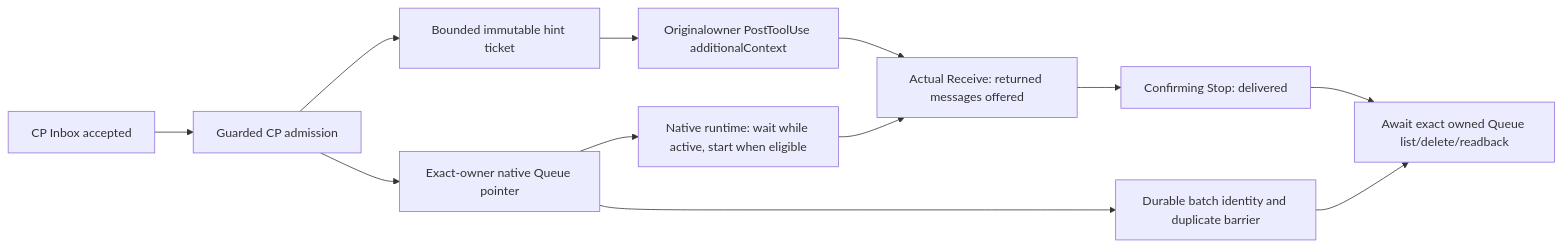
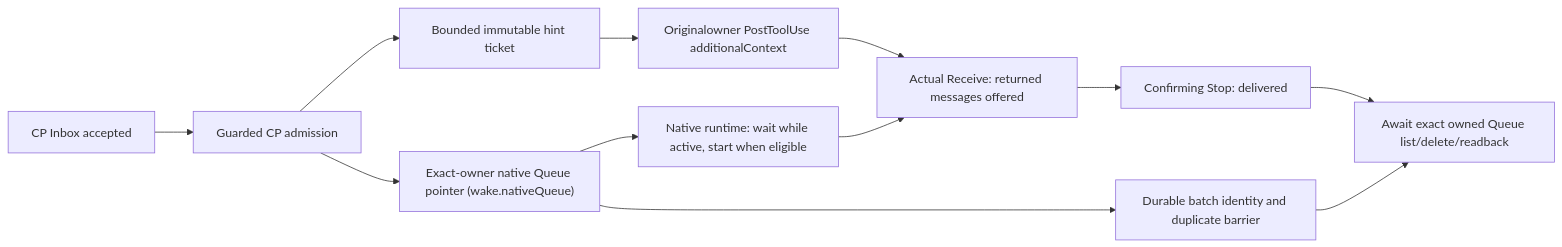
One commit to cfaysal/kherep changed the second of 3 diagrams in modules/control-plane/ARCHITECTURE.md. Above: the diagram before and after it, drawn with Mermaid. The commit also changed other lines of this file and 15 other files, not shown here.

First line of the commit message:
Make the native Codex Queue pointer producer opt-in

````diff
--- a/modules/control-plane/ARCHITECTURE.md
+++ b/modules/control-plane/ARCHITECTURE.md
@@ -228,14 +229,14 @@
 ```mermaid
 flowchart LR
   accepted[CP Inbox accepted] --> admission[Guarded CP admission]
   admission --> ticket[Bounded immutable hint ticket]
-  admission --> native[Exact-owner native Queue pointer]
+  admission --> native["Exact-owner native Queue pointer (wake.nativeQueue)"]
   native --> turn[Native runtime: wait while active, start when eligible]
   turn --> receive
   ticket --> hook[Originalowner PostToolUse additionalContext]
   hook --> receive[Actual Receive: returned messages offered]
   receive --> stop[Confirming Stop: delivered]
   stop --> reconcile[Await exact owned Queue list/delete/readback]
   native --> attempts[Durable batch identity and duplicate barrier]
   attempts --> reconcile
 ```
````
